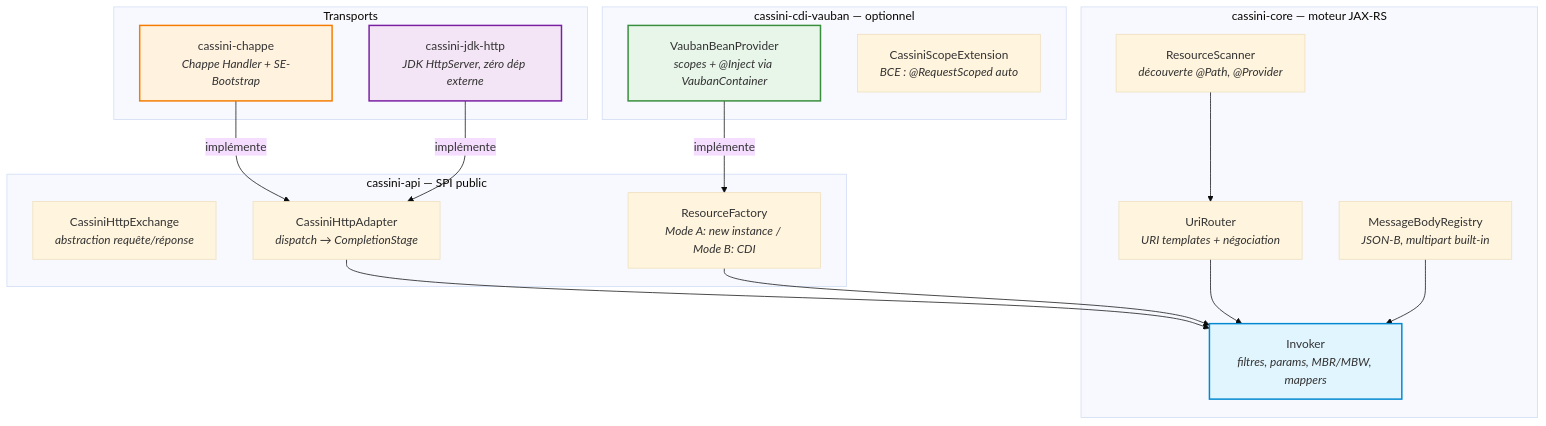
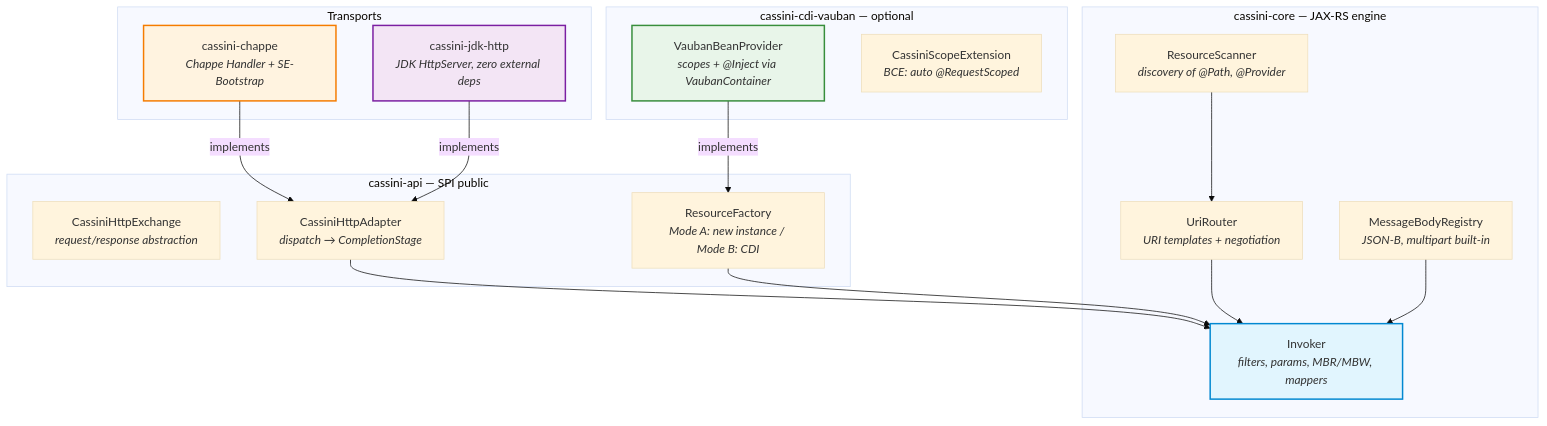
Before and after one commit to vidocq-stack/cassini: the first of 2 diagrams in README.md, drawn with Mermaid (base theme). The commit also changed other lines of this file and 99 other files, not shown here.

````diff
--- a/README.md
+++ b/README.md
@@ -40,39 +41,39 @@
 ```mermaid
 graph TB
     subgraph "cassini-api — SPI public"
-        EXCHANGE[CassiniHttpExchange<br/><i>abstraction requête/réponse</i>]
+        EXCHANGE[CassiniHttpExchange<br/><i>request/response abstraction</i>]
         ADAPTER[CassiniHttpAdapter<br/><i>dispatch → CompletionStage</i>]
         FACTORY["ResourceFactory<br/><i>Mode A: new instance / Mode B: CDI</i>"]
     end
 
-    subgraph "cassini-core — moteur JAX-RS"
-        SCANNER[ResourceScanner<br/><i>découverte @Path, @Provider</i>]
-        ROUTER[UriRouter<br/><i>URI templates + négociation</i>]
-        INVOKER[Invoker<br/><i>filtres, params, MBR/MBW, mappers</i>]
+    subgraph "cassini-core — JAX-RS engine"
+        SCANNER[ResourceScanner<br/><i>discovery of @Path, @Provider</i>]
+        ROUTER[UriRouter<br/><i>URI templates + negotiation</i>]
+        INVOKER[Invoker<br/><i>filters, params, MBR/MBW, mappers</i>]
         BODIES[MessageBodyRegistry<br/><i>JSON-B, multipart built-in</i>]
     end
 
     subgraph "Transports"
         CHAPPE[cassini-chappe<br/><i>Chappe Handler + SE-Bootstrap</i>]
-        JDK[cassini-jdk-http<br/><i>JDK HttpServer, zéro dép externe</i>]
+        JDK[cassini-jdk-http<br/><i>JDK HttpServer, zero external deps</i>]
     end
 
-    subgraph "cassini-cdi-vauban — optionnel"
+    subgraph "cassini-cdi-vauban — optional"
         CDI[VaubanBeanProvider<br/><i>scopes + @Inject via VaubanContainer</i>]
-        BCE[CassiniScopeExtension<br/><i>BCE : @RequestScoped auto</i>]
+        BCE[CassiniScopeExtension<br/><i>BCE: auto @RequestScoped</i>]
     end
 
-    CHAPPE -->|implémente| ADAPTER
-    JDK -->|implémente| ADAPTER
-    CDI -->|implémente| FACTORY
+    CHAPPE -->|implements| ADAPTER
+    JDK -->|implements| ADAPTER
+    CDI -->|implements| FACTORY
     ADAPTER --> INVOKER
     SCANNER --> ROUTER
     ROUTER --> INVOKER
     FACTORY --> INVOKER
     BODIES --> INVOKER
 
     style INVOKER fill:#e1f5fe,stroke:#0288d1,stroke-width:2px
     style CHAPPE fill:#fff3e0,stroke:#f57c00,stroke-width:2px
     style JDK fill:#f3e5f5,stroke:#7b1fa2,stroke-width:2px
     style CDI fill:#e8f5e9,stroke:#388e3c,stroke-width:2px
 ```
````
